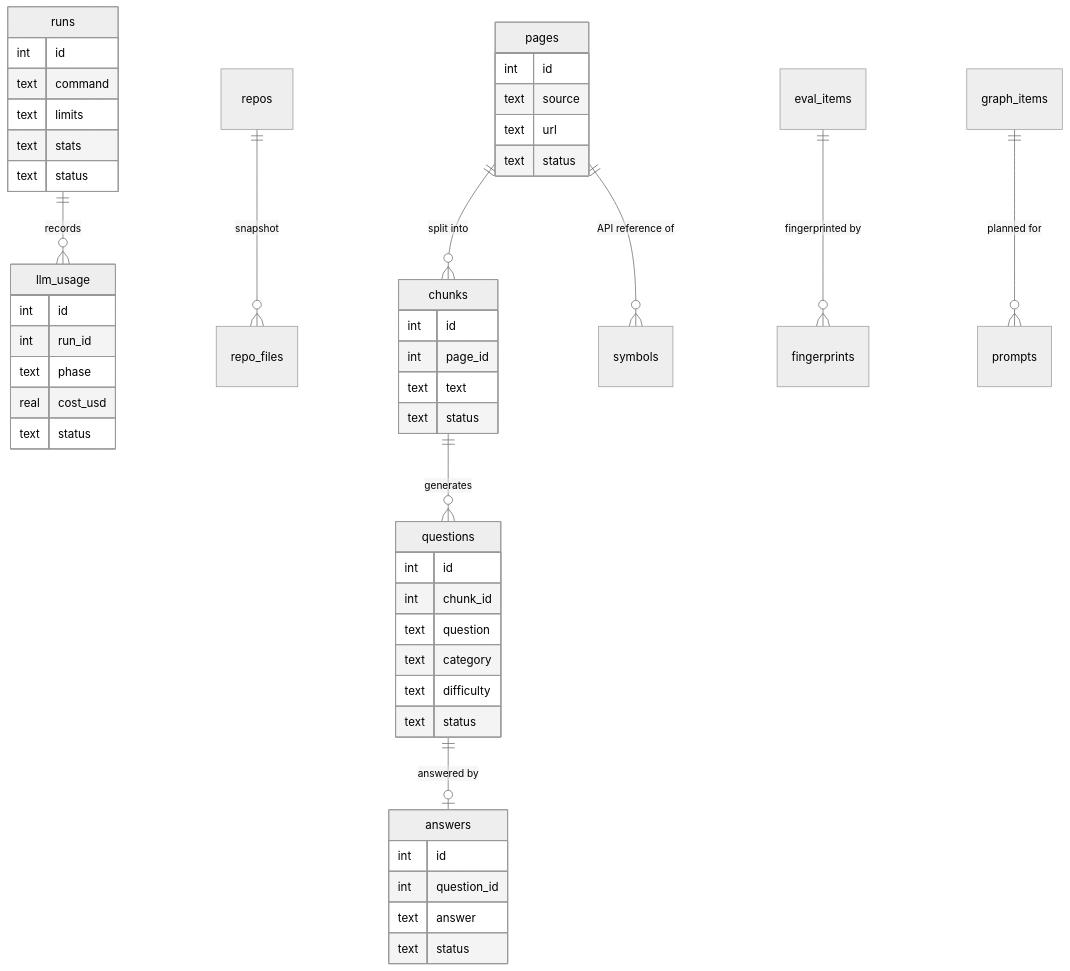
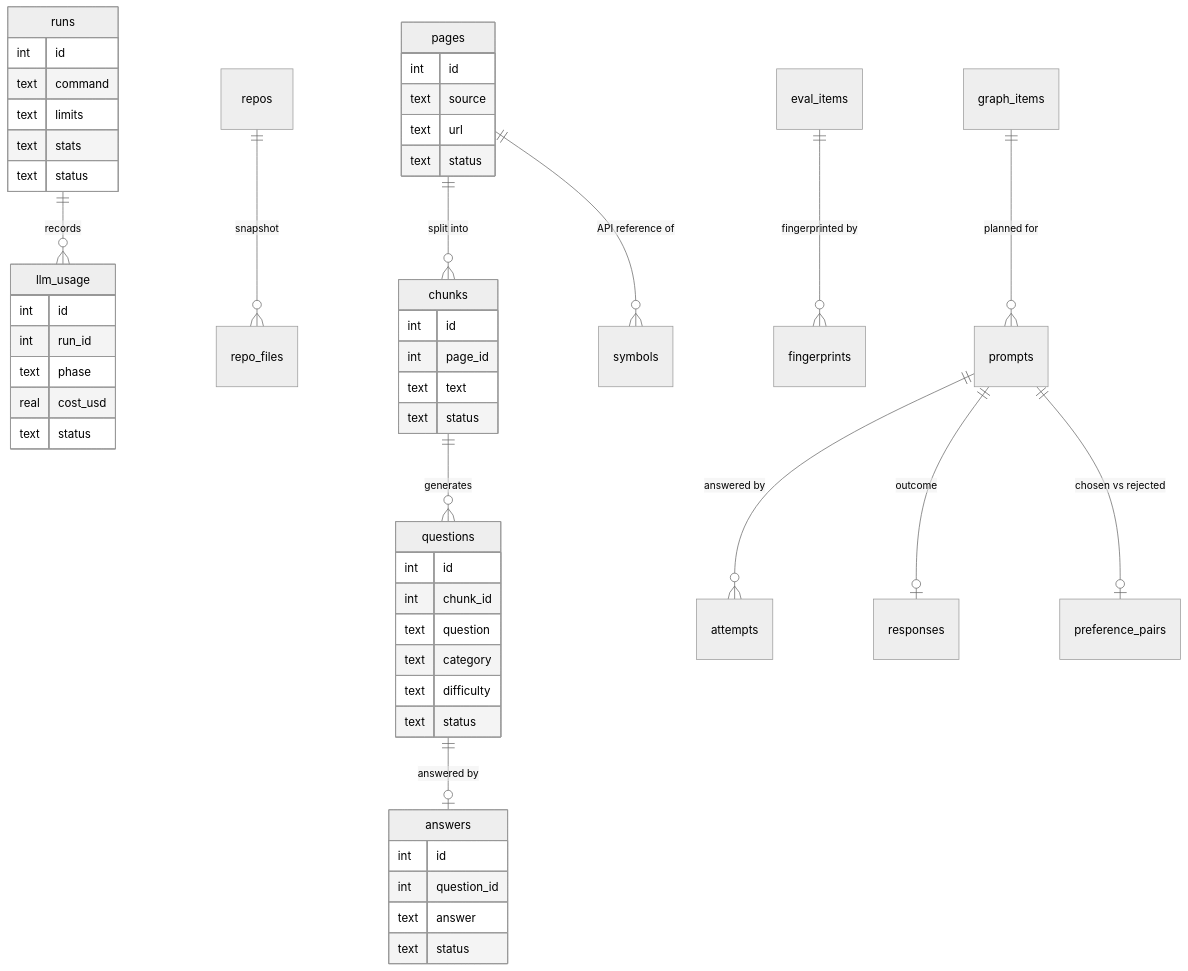
Before and after one commit to sajith-jeewantha/ballerina-sft-dataset-pipeline: the diagram in docs/schemas.md, drawn with Mermaid (neutral theme). The commit also changed other lines of this file and 18 other files, not shown here.

````diff
--- a/docs/schemas.md
+++ b/docs/schemas.md
@@ -7,51 +7,54 @@
 ```mermaid
 erDiagram
     pages ||--o{ chunks : "split into"
     chunks ||--o{ questions : "generates"
     questions ||--o| answers : "answered by"
     runs ||--o{ llm_usage : "records"
     repos ||--o{ repo_files : "snapshot"
     eval_items ||--o{ fingerprints : "fingerprinted by"
     graph_items ||--o{ prompts : "planned for"
+    prompts ||--o{ attempts : "answered by"
+    prompts ||--o| responses : "outcome"
+    prompts ||--o| preference_pairs : "chosen vs rejected"
     pages ||--o{ symbols : "API reference of"
     pages {
         int id
         text source
         text url
         text status
     }
     chunks {
         int id
         int page_id
         text text
         text status
     }
     questions {
         int id
         int chunk_id
         text question
         text category
         text difficulty
         text status
     }
     answers {
         int id
         int question_id
         text answer
         text status
     }
     runs {
         int id
         text command
         text limits
         text stats
         text status
     }
     llm_usage {
         int id
         int run_id
         text phase
         real cost_usd
         text status
     }
 ```
````
